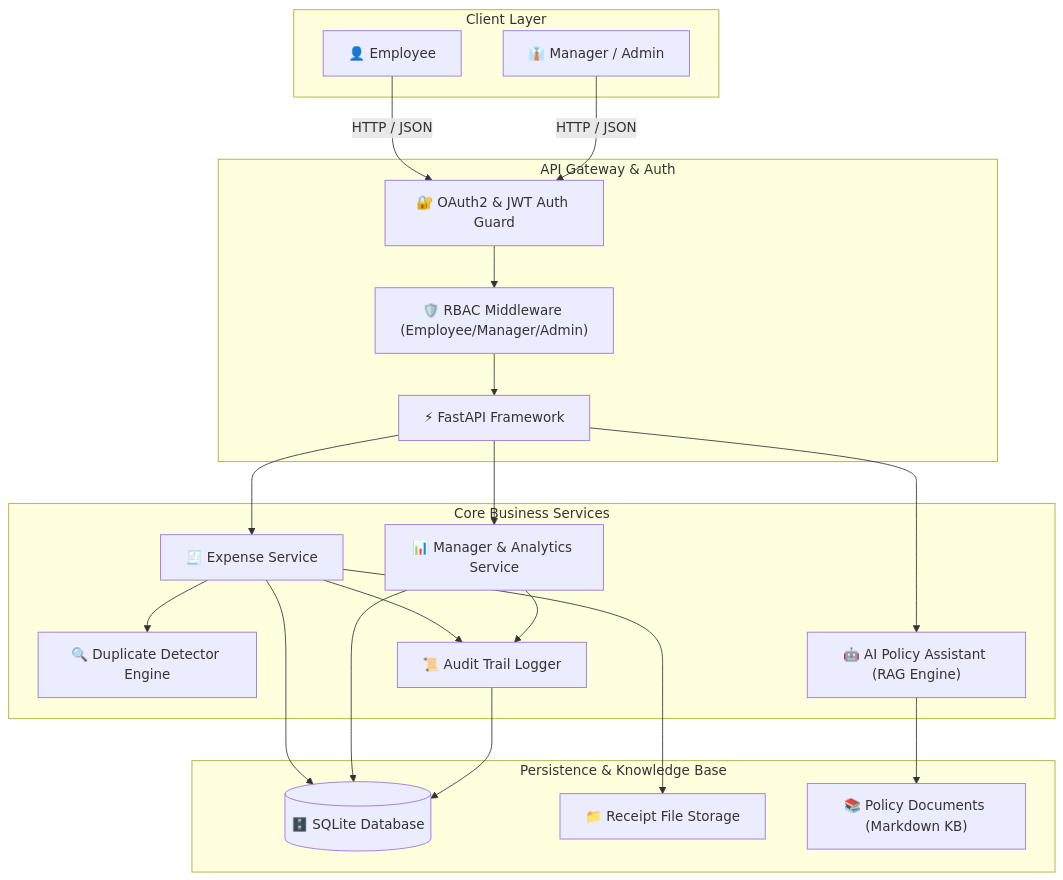
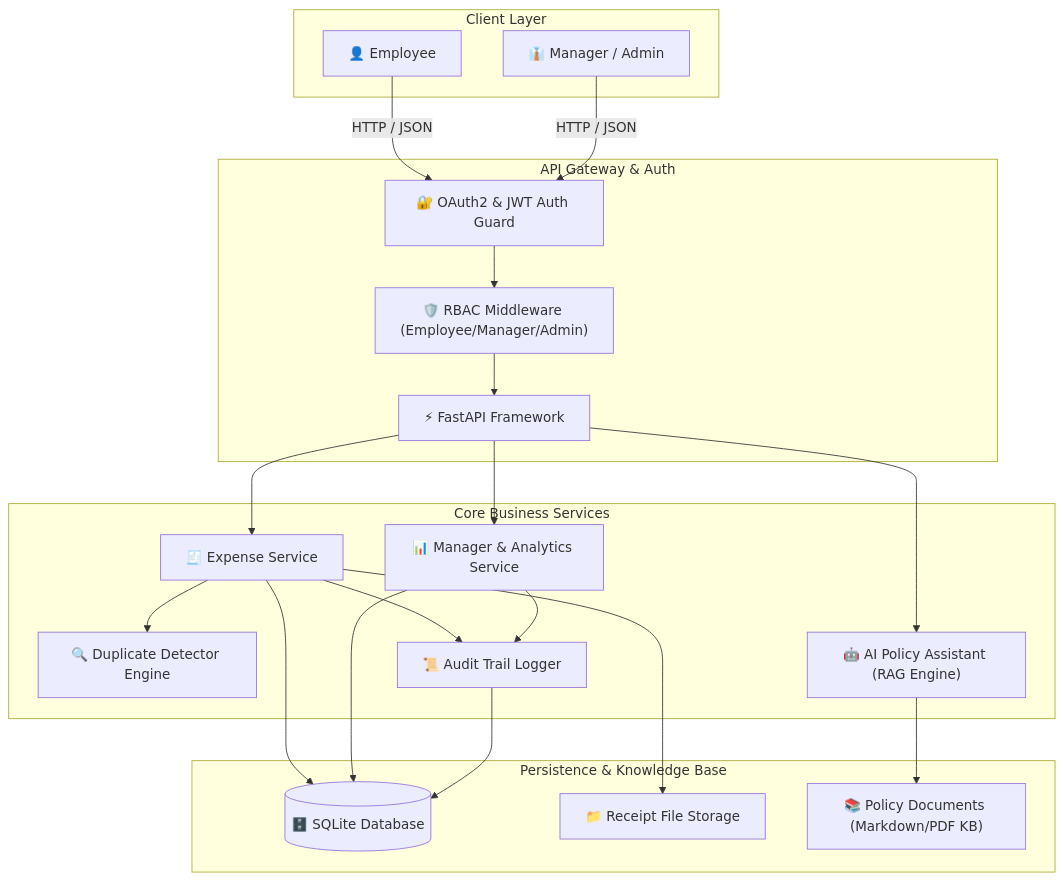
Before and after one commit to Hemant-Sharma-22/Expense-reimbursement-system: the first of 2 diagrams in README.md, drawn with Mermaid. The commit also changed other lines of this file and 4 other files, not shown here.

````diff
--- a/README.md
+++ b/README.md
@@ -48,46 +48,46 @@
 ```mermaid
 graph TD
     subgraph Client Layer
         Employee["👤 Employee"]
         Manager["👔 Manager / Admin"]
     end
 
     subgraph API Gateway & Auth
         FastAPI["⚡ FastAPI Framework"]
         OAuth2["🔐 OAuth2 & JWT Auth Guard"]
         RBAC["🛡️ RBAC Middleware (Employee/Manager/Admin)"]
     end
 
     subgraph Core Business Services
         ExpenseSvc["🧾 Expense Service"]
         DupSvc["🔍 Duplicate Detector Engine"]
         ManagerSvc["📊 Manager & Analytics Service"]
         AuditSvc["📜 Audit Trail Logger"]
         RAGSvc["🤖 AI Policy Assistant (RAG Engine)"]
     end
 
     subgraph Persistence & Knowledge Base
         DB[("🗄️ SQLite Database")]
         Uploads["📁 Receipt File Storage"]
-        Policies["📚 Policy Documents (Markdown KB)"]
+        Policies["📚 Policy Documents (Markdown/PDF KB)"]
     end
 
     Employee -->|HTTP / JSON| OAuth2
     Manager -->|HTTP / JSON| OAuth2
     OAuth2 --> RBAC
     RBAC --> FastAPI
 
     FastAPI --> ExpenseSvc
     FastAPI --> ManagerSvc
     FastAPI --> RAGSvc
 
     ExpenseSvc --> DupSvc
     ExpenseSvc --> AuditSvc
     ManagerSvc --> AuditSvc
 
     ExpenseSvc --> DB
     ExpenseSvc --> Uploads
     ManagerSvc --> DB
     AuditSvc --> DB
     RAGSvc --> Policies
 ```
````
